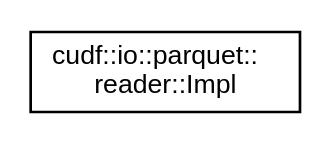
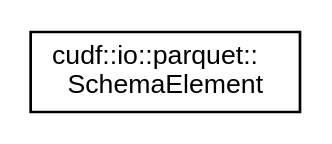
One commit to rapidsai/projects changed the diagram in libcudf/0.9.0/inherit_graph_161.dot. Above: the diagram before and after it, drawn with Graphviz. The commit also changed 707 other files, not shown here.

```diff
--- a/libcudf/0.9.0/inherit_graph_161.dot
+++ b/libcudf/0.9.0/inherit_graph_161.dot
@@ -1,7 +1,7 @@
 digraph "Graphical Class Hierarchy"
 {
   edge [fontname="Helvetica",fontsize="10",labelfontname="Helvetica",labelfontsize="10"];
   node [fontname="Helvetica",fontsize="10",shape=record];
   rankdir="LR";
-  Node0 [label="cudf::io::parquet::\lreader::Impl",height=0.2,width=0.4,color="black", fillcolor="white", style="filled",URL="$classcudf_1_1io_1_1parquet_1_1reader_1_1Impl.html",tooltip="Implementation for Parquet reader. "];
+  Node0 [label="cudf::io::parquet::\lSchemaElement",height=0.2,width=0.4,color="black", fillcolor="white", style="filled",URL="$structcudf_1_1io_1_1parquet_1_1SchemaElement.html",tooltip="Struct for describing an element/field in the Parquet format schema. "];
 }
```
